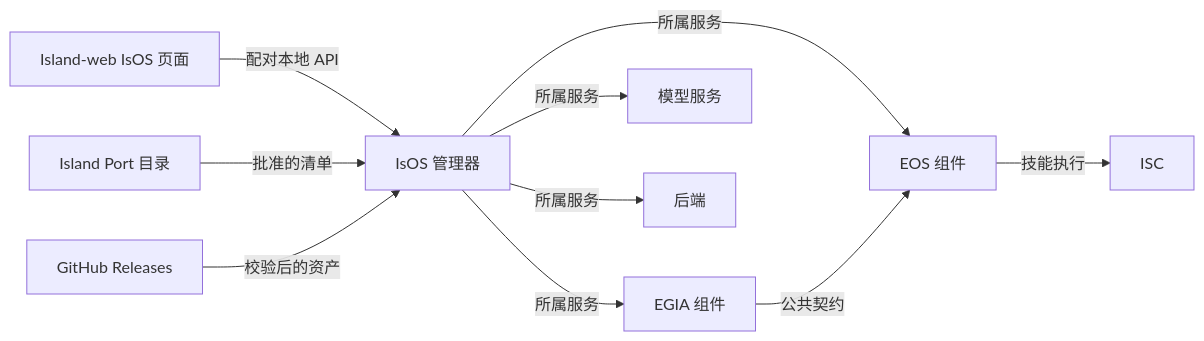
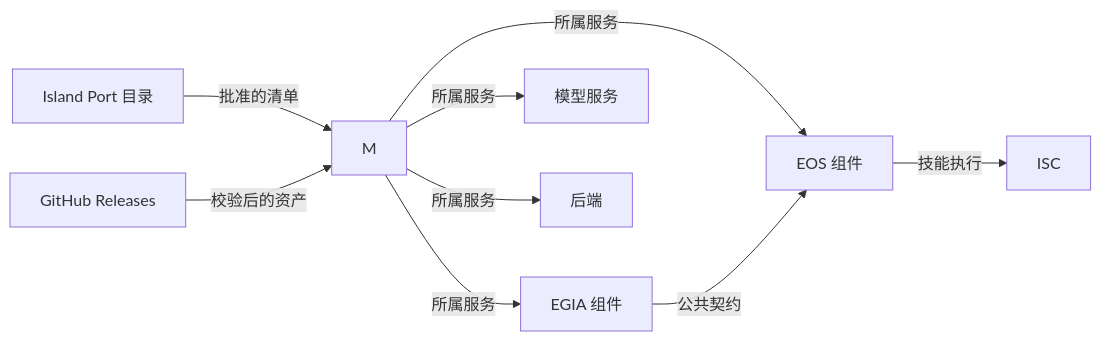
The diagram in docs_cn/isos/maintenance/plan_cn.md (Island-Team/isos), drawn with Mermaid before and after one commit. The commit also changed other lines of this file and 43 other files, not shown here.

````diff
--- a/docs_cn/isos/maintenance/plan_cn.md
+++ b/docs_cn/isos/maintenance/plan_cn.md
@@ -19,12 +19,11 @@
 ```mermaid
 flowchart LR
-  Web[Island-web IsOS 页面] -->|配对本地 API| M[IsOS 管理器]
   Port[Island Port 目录] -->|批准的清单| M
   GitHub[GitHub Releases] -->|校验后的资产| M
   M -->|所属服务| EOS[EOS 组件]
   M -->|所属服务| EGIA[EGIA 组件]
   M -->|所属服务| S[模型服务]
   M -->|所属服务| B[后端]
   EGIA -->|公共契约| EOS
   EOS -->|技能执行| ISC[ISC]
 ```
````
